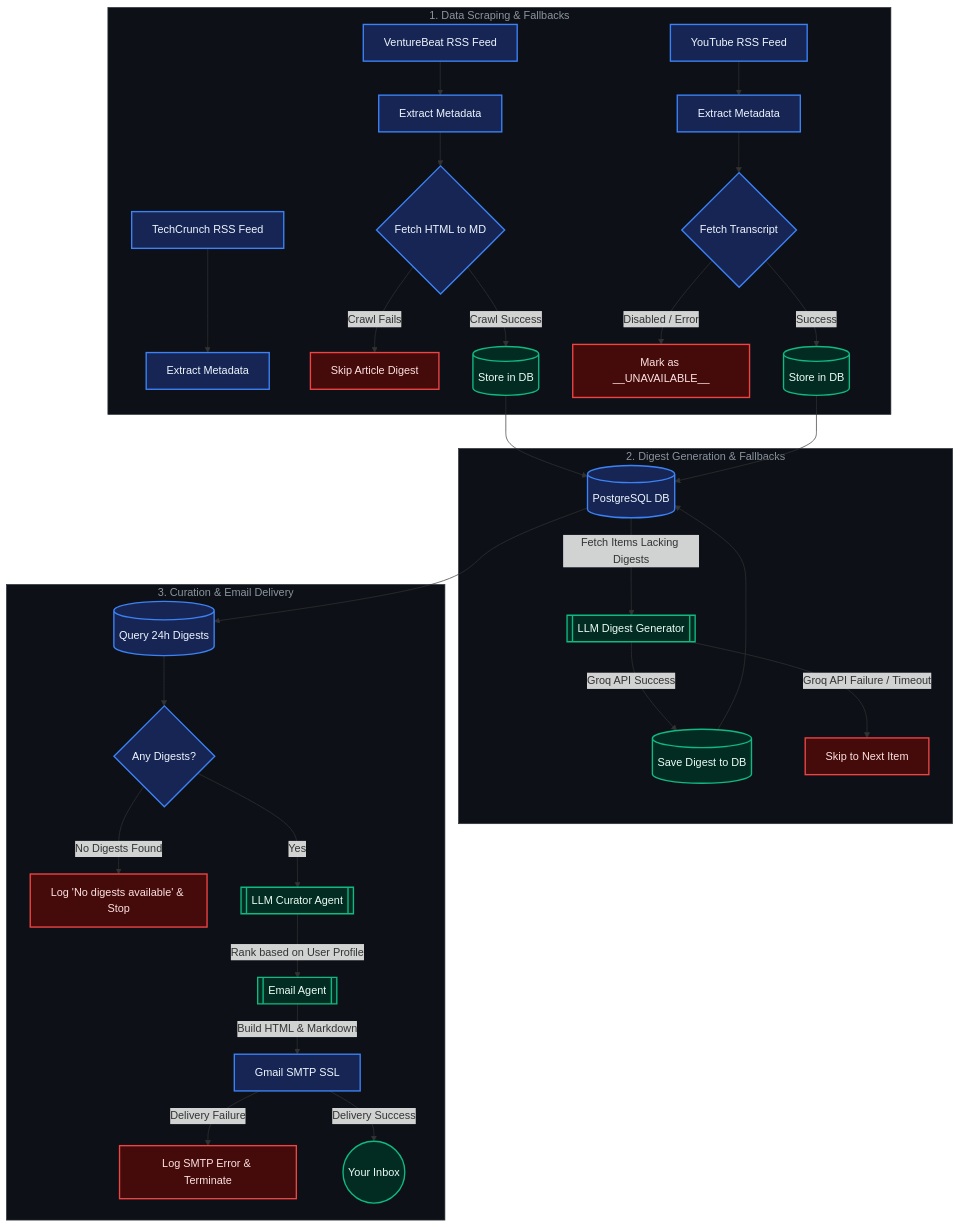
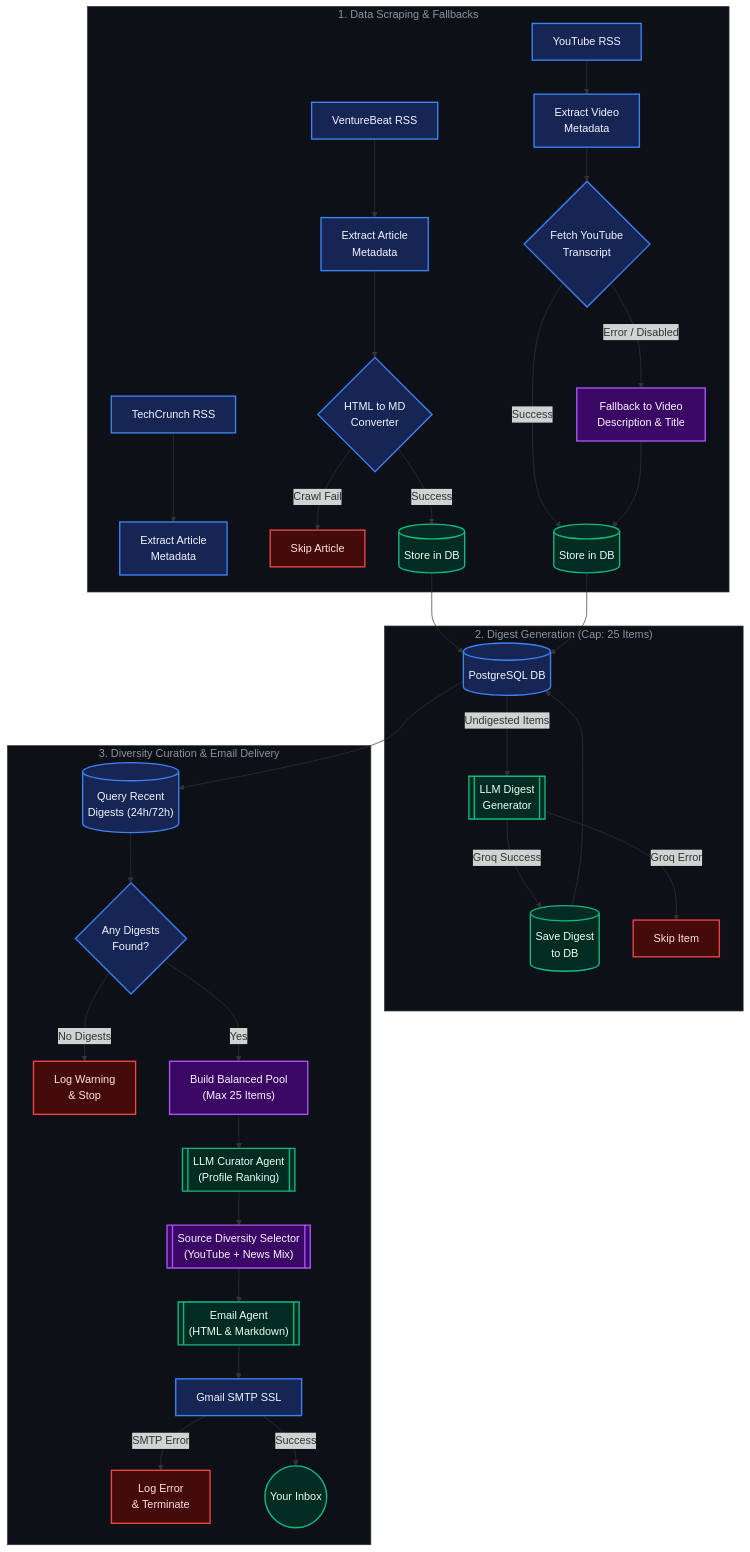
Before and after one commit to Uday-1001/Morning-Synapse: the diagram in README.md, drawn with Mermaid. The commit also changed other lines of this file, not shown here.

Commit message:
Updated the ReadMe file

````diff
--- a/README.md
+++ b/README.md
@@ -21,48 +23,52 @@
 ```mermaid
 flowchart TD
-    %% Class definitions restricted to smooth Blue, Red, and Green themes
+    %% Class definitions restricted to smooth Blue, Red, Green, and Purple themes
     classDef blueNode fill:#172554,stroke:#3B82F6,stroke-width:2px,color:#EFF6FF;
     classDef redNode fill:#450A0A,stroke:#EF4444,stroke-width:2px,color:#FEE2E2;
     classDef greenNode fill:#022C22,stroke:#10B981,stroke-width:2px,color:#ECFDF5;
+    classDef purpleNode fill:#3B0764,stroke:#A855F7,stroke-width:2px,color:#FAF5FF;
 
     subgraph Scraping ["1. Data Scraping & Fallbacks"]
-        TC["TechCrunch RSS Feed"]:::blueNode --> TC_Scrape["Extract Metadata"]:::blueNode
-        VB["VentureBeat RSS Feed"]:::blueNode --> VB_Scrape["Extract Metadata"]:::blueNode
-        YT["YouTube RSS Feed"]:::blueNode --> YT_Scrape["Extract Metadata"]:::blueNode
+        TC["TechCrunch RSS"]:::blueNode --> TC_Scrape["Extract Article<br/>Metadata"]:::blueNode
+        VB["VentureBeat RSS"]:::blueNode --> VB_Scrape["Extract Article<br/>Metadata"]:::blueNode
+        YT["YouTube RSS"]:::blueNode --> YT_Scrape["Extract Video<br/>Metadata"]:::blueNode
         
-        VB_Scrape --> VB_Md{"Fetch HTML to MD"}:::blueNode
-        VB_Md -->|Crawl Fails| VB_Skip["Skip Article Digest"]:::redNode
-        VB_Md -->|Crawl Success| Store_VB[("Store in DB")]:::greenNode
+        VB_Scrape --> VB_Md{"HTML to MD<br/>Converter"}:::blueNode
+        VB_Md -->|Crawl Fail| VB_Skip["Skip Article"]:::redNode
+        VB_Md -->|Success| Store_VB[("Store in DB")]:::greenNode
         
-        YT_Scrape --> YT_Trans{"Fetch Transcript"}:::blueNode
-        YT_Trans -->|Disabled / Error| YT_Marker["Mark as __UNAVAILABLE__"]:::redNode
+        YT_Scrape --> YT_Trans{"Fetch YouTube<br/>Transcript"}:::blueNode
+        YT_Trans -->|Error / Disabled| YT_FB["Fallback to Video<br/>Description & Title"]:::purpleNode
         YT_Trans -->|Success| Store_YT[("Store in DB")]:::greenNode
+        YT_FB --> Store_YT
     end
 
-    subgraph Digester ["2. Digest Generation & Fallbacks"]
-        DB[("PostgreSQL DB")]:::blueNode -->|Fetch Items Lacking Digests| Gen_Digest[["LLM Digest Generator"]]:::greenNode
-        Gen_Digest -->|Groq API Success| Store_Digest[("Save Digest to DB")]:::greenNode
-        Gen_Digest -->|Groq API Failure / Timeout| Skip_Gen["Skip to Next Item"]:::redNode
+    subgraph Digester ["2. Digest Generation (Cap: 25 Items)"]
+        DB[("PostgreSQL DB")]:::blueNode -->|Undigested Items| Gen_Digest[["LLM Digest<br/>Generator"]]:::greenNode
+        Gen_Digest -->|Groq Success| Store_Digest[("Save Digest<br/>to DB")]:::greenNode
+        Gen_Digest -->|Groq Error| Skip_Gen["Skip Item"]:::redNode
     end
 
-    subgraph Curation ["3. Curation & Email Delivery"]
-        DB_Query[("Query 24h Digests")]:::blueNode --> Check_Digests{"Any Digests?"}:::blueNode
-        Check_Digests -->|No Digests Found| Warning["Log 'No digests available' & Stop"]:::redNode
-        Check_Digests -->|Yes| Curator[["LLM Curator Agent"]]:::greenNode
-        Curator -->|Rank based on User Profile| Email_Agent[["Email Agent"]]:::greenNode
-        Email_Agent -->|Build HTML & Markdown| SMTP["Gmail SMTP SSL"]:::blueNode
-        SMTP -->|Delivery Failure| Email_Err["Log SMTP Error & Terminate"]:::redNode
-        SMTP -->|Delivery Success| Inbox(("Your Inbox")):::greenNode
+    subgraph Curation ["3. Diversity Curation & Email Delivery"]
+        DB_Query[("Query Recent<br/>Digests (24h/72h)")]:::blueNode --> Check_Digests{"Any Digests<br/>Found?"}:::blueNode
+        Check_Digests -->|No Digests| Warning["Log Warning<br/>& Stop"]:::redNode
+        Check_Digests -->|Yes| Pool["Build Balanced Pool<br/>(Max 25 Items)"]:::purpleNode
+        Pool --> Curator[["LLM Curator Agent<br/>(Profile Ranking)"]]:::greenNode
+        Curator --> Diversity[["Source Diversity Selector<br/>(YouTube + News Mix)"]]:::purpleNode
+        Diversity --> Email_Agent[["Email Agent<br/>(HTML & Markdown)"]]:::greenNode
+        Email_Agent --> SMTP["Gmail SMTP SSL"]:::blueNode
+        SMTP -->|SMTP Error| Email_Err["Log Error<br/>& Terminate"]:::redNode
+        SMTP -->|Success| Inbox(("Your Inbox")):::greenNode
     end
 
     %% Flow associations linking storage/queries
     Store_VB --> DB
     Store_YT --> DB
     Store_Digest --> DB
     DB --> DB_Query
 
     %% Subgraph dark-mode container borders & background
     style Scraping fill:#0d1117,stroke:#30363d,stroke-width:1px,color:#8b949e;
     style Digester fill:#0d1117,stroke:#30363d,stroke-width:1px,color:#8b949e;
     style Curation fill:#0d1117,stroke:#30363d,stroke-width:1px,color:#8b949e;
 ```
````
